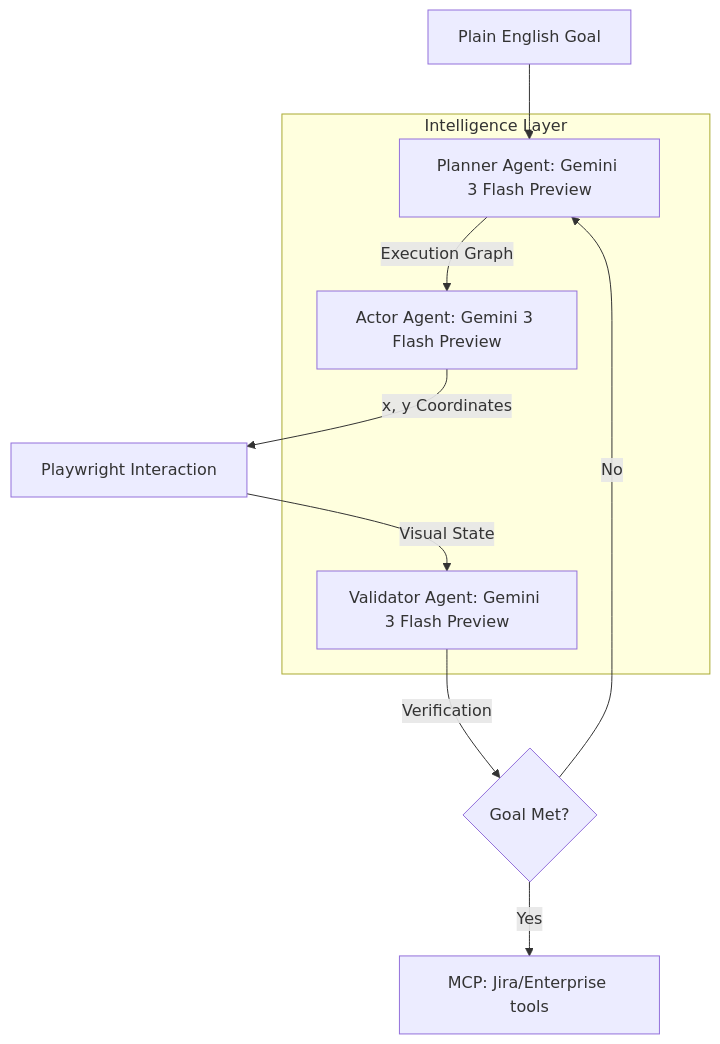
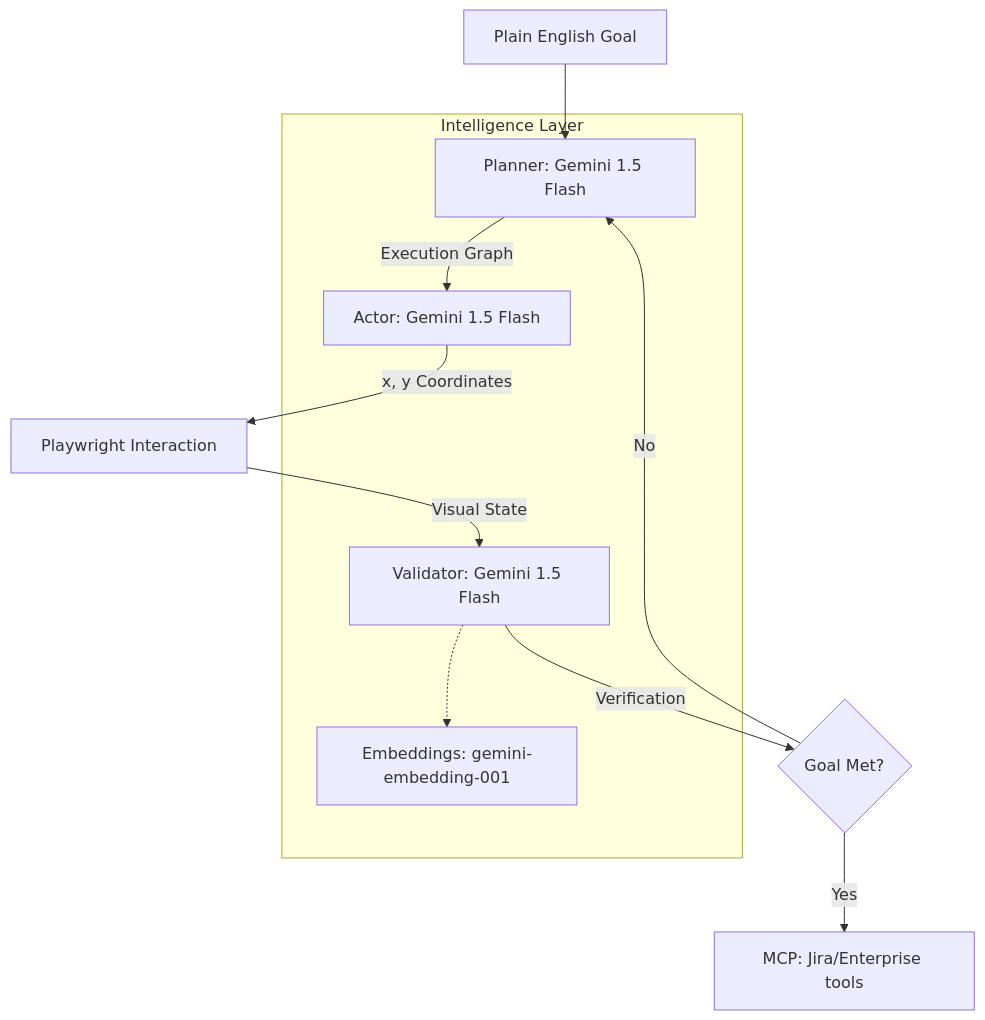
The diagram in README.md (mbettan/PixelMind), drawn with Mermaid before and after one commit. The commit also changed other lines of this file and 4 other files, not shown here.

````diff
--- a/README.md
+++ b/README.md
@@ -16,16 +16,18 @@
 ```mermaid
 graph TD
     A[Plain English Goal] --> B[Planner Agent]
     B -- "Execution Graph" --> C[Actor Agent]
     C -- "x, y Coordinates" --> D[Playwright Interaction]
     D -- "Visual State" --> E[Validator Agent]
     E -- "Verification" --> F{Goal Met?}
     F -- "Yes" --> G[MCP: Jira/Enterprise tools]
     F -- "No" --> B
     
     subgraph "Intelligence Layer"
-    B[Planner Agent: Gemini 3 Flash Preview]
-    C[Actor Agent: Gemini 3 Flash Preview]
-    E[Validator Agent: Gemini 3 Flash Preview]
+    B[Planner: Gemini 1.5 Flash]
+    C[Actor: Gemini 1.5 Flash]
+    E[Validator: Gemini 1.5 Flash]
+    H[Embeddings: gemini-embedding-001]
+    E -.-> H
     end
 ```
````
